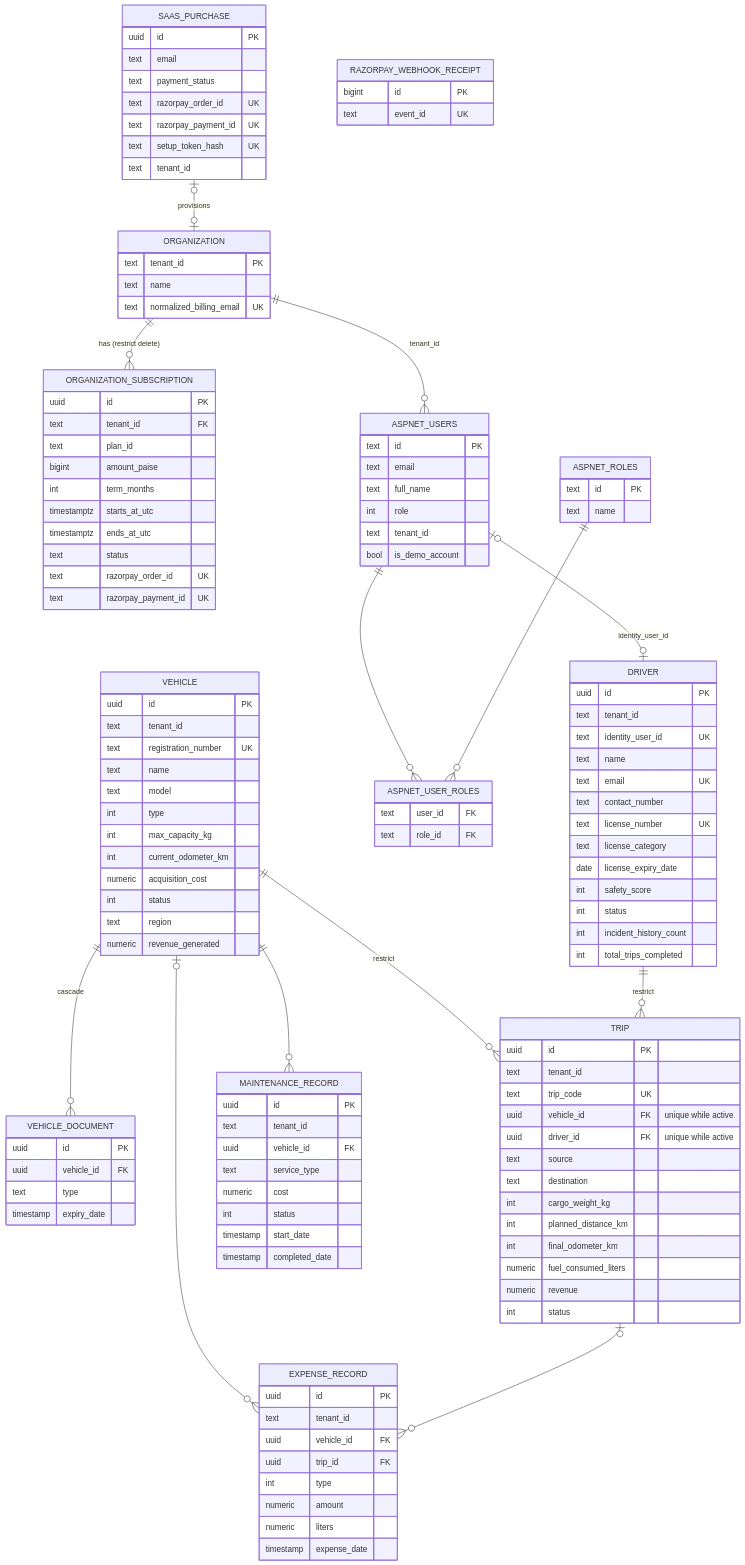
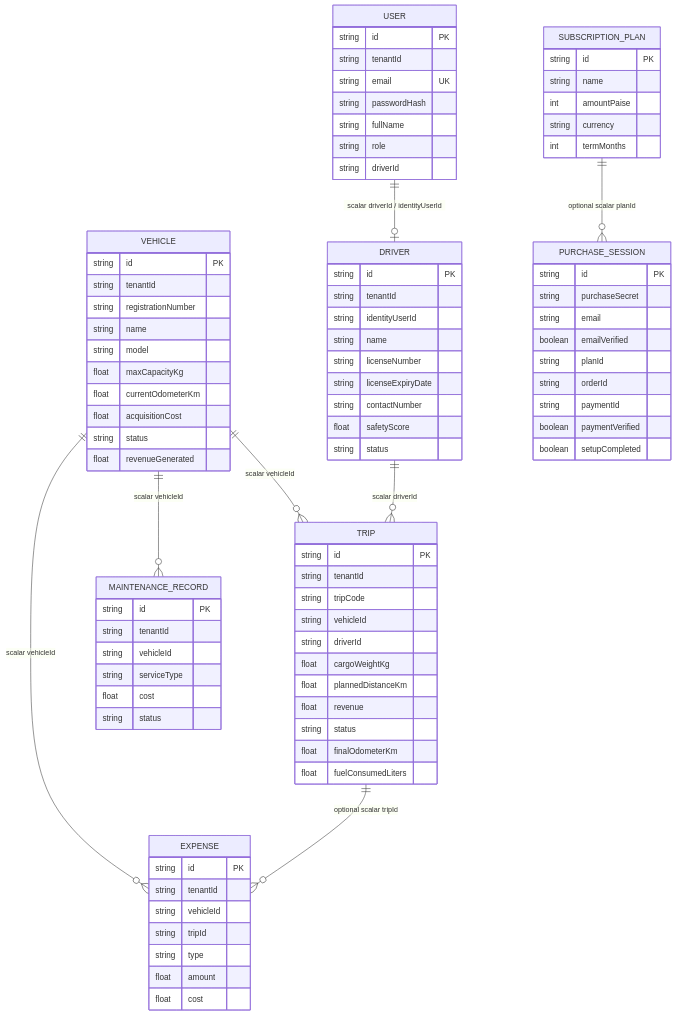
One commit to Bhavika-Giyanani/TransitOps changed the diagram in docs/uml/04-er-diagram.md. Above: the diagram before and after it, drawn with Mermaid. The commit also changed other lines of this file and 48 other files, not shown here.

````diff
--- a/docs/uml/04-er-diagram.md
+++ b/docs/uml/04-er-diagram.md
@@ -6,132 +7,90 @@
 ```mermaid
 erDiagram
-    ORGANIZATION ||--o{ ORGANIZATION_SUBSCRIPTION : "has (restrict delete)"
-    ORGANIZATION ||--o{ ASPNET_USERS : "tenant_id"
-    SAAS_PURCHASE |o--o| ORGANIZATION : "provisions"
-    ASPNET_USERS |o--o| DRIVER : "identity_user_id"
-    ASPNET_USERS ||--o{ ASPNET_USER_ROLES : ""
-    ASPNET_ROLES ||--o{ ASPNET_USER_ROLES : ""
-    VEHICLE ||--o{ VEHICLE_DOCUMENT : "cascade"
-    VEHICLE ||--o{ TRIP : "restrict"
-    DRIVER ||--o{ TRIP : "restrict"
-    VEHICLE ||--o{ MAINTENANCE_RECORD : ""
-    VEHICLE |o--o{ EXPENSE_RECORD : ""
-    TRIP |o--o{ EXPENSE_RECORD : ""
-
-    ORGANIZATION {
-        text tenant_id PK
-        text name
-        text normalized_billing_email UK
-    }
-    ORGANIZATION_SUBSCRIPTION {
-        uuid id PK
-        text tenant_id FK
-        text plan_id
-        bigint amount_paise
-        int term_months
-        timestamptz starts_at_utc
-        timestamptz ends_at_utc
-        text status
-        text razorpay_order_id UK
-        text razorpay_payment_id UK
-    }
-    SAAS_PURCHASE {
-        uuid id PK
-        text email
-        text payment_status
-        text razorpay_order_id UK
-        text razorpay_payment_id UK
-        text setup_token_hash UK
-        text tenant_id
-    }
-    RAZORPAY_WEBHOOK_RECEIPT {
-        bigint id PK
-        text event_id UK
-    }
-    ASPNET_USERS {
-        text id PK
-        text email
-        text full_name
-        int role
-        text tenant_id
-        bool is_demo_account
-    }
-    ASPNET_ROLES {
-        text id PK
-        text name
-    }
-    ASPNET_USER_ROLES {
-        text user_id FK
-        text role_id FK
+    USER {
+        string id PK
+        string tenantId
+        string email UK
+        string passwordHash
+        string fullName
+        string role
+        string driverId
     }
     VEHICLE {
-        uuid id PK
-        text tenant_id
-        text registration_number UK
-        text name
-        text model
-        int type
-        int max_capacity_kg
-        int current_odometer_km
-        numeric acquisition_cost
-        int status
-        text region
-        numeric revenue_generated
-    }
-    VEHICLE_DOCUMENT {
-        uuid id PK
-        uuid vehicle_id FK
-        text type
-        timestamp expiry_date
+        string id PK
+        string tenantId
+        string registrationNumber
+        string name
+        string model
+        float maxCapacityKg
+        float currentOdometerKm
+        float acquisitionCost
+        string status
+        float revenueGenerated
     }
     DRIVER {
-        uuid id PK
-        text tenant_id
-        text identity_user_id UK
-        text name
-        text email UK
-        text contact_number
-        text license_number UK
-        text license_category
-        date license_expiry_date
-        int safety_score
-        int status
-        int incident_history_count
-        int total_trips_completed
+        string id PK
+        string tenantId
+        string identityUserId
+        string name
+        string licenseNumber
+        string licenseExpiryDate
+        string contactNumber
+        float safetyScore
+        string status
     }
     TRIP {
-        uuid id PK
-        text tenant_id
-        text trip_code UK
-        uuid vehicle_id FK "unique while active"
-        uuid driver_id FK "unique while active"
-        text source
-        text destination
-        int cargo_weight_kg
-        int planned_distance_km
-        int final_odometer_km
-        numeric fuel_consumed_liters
-        numeric revenue
-        int status
+        string id PK
+        string tenantId
+        string tripCode
+        string vehicleId
+        string driverId
+        float cargoWeightKg
+        float plannedDistanceKm
+        float revenue
+        string status
+        float finalOdometerKm
+        float fuelConsumedLiters
     }
     MAINTENANCE_RECORD {
-        uuid id PK
-        text tenant_id
-        uuid vehicle_id FK
-        text service_type
-        numeric cost
-        int status
-        timestamp start_date
-        timestamp completed_date
+        string id PK
+        string tenantId
+        string vehicleId
+        string serviceType
+        float cost
+        string status
     }
-    EXPENSE_RECORD {
-        uuid id PK
-        text tenant_id
-        uuid vehicle_id FK
-        uuid trip_id FK
-        int type
-        numeric amount
-        numeric liters
-        timestamp expense_date
+    EXPENSE {
+        string id PK
+        string tenantId
+        string vehicleId
+        string tripId
+        string type
+        float amount
+        float cost
     }
+    SUBSCRIPTION_PLAN {
+        string id PK
+        string name
+        int amountPaise
+        string currency
+        int termMonths
+    }
+    PURCHASE_SESSION {
+        string id PK
+        string purchaseSecret
+        string email
+        boolean emailVerified
+        string planId
+        string orderId
+        string paymentId
+        boolean paymentVerified
+        boolean setupCompleted
+    }
+    USER ||--o| DRIVER : "scalar driverId / identityUserId"
+    DRIVER ||--o{ TRIP : "scalar driverId"
+    VEHICLE ||--o{ TRIP : "scalar vehicleId"
+    VEHICLE ||--o{ MAINTENANCE_RECORD : "scalar vehicleId"
+    VEHICLE ||--o{ EXPENSE : "scalar vehicleId"
+    TRIP ||--o{ EXPENSE : "optional scalar tripId"
+    SUBSCRIPTION_PLAN ||--o{ PURCHASE_SESSION : "optional scalar planId"
 ```
````
